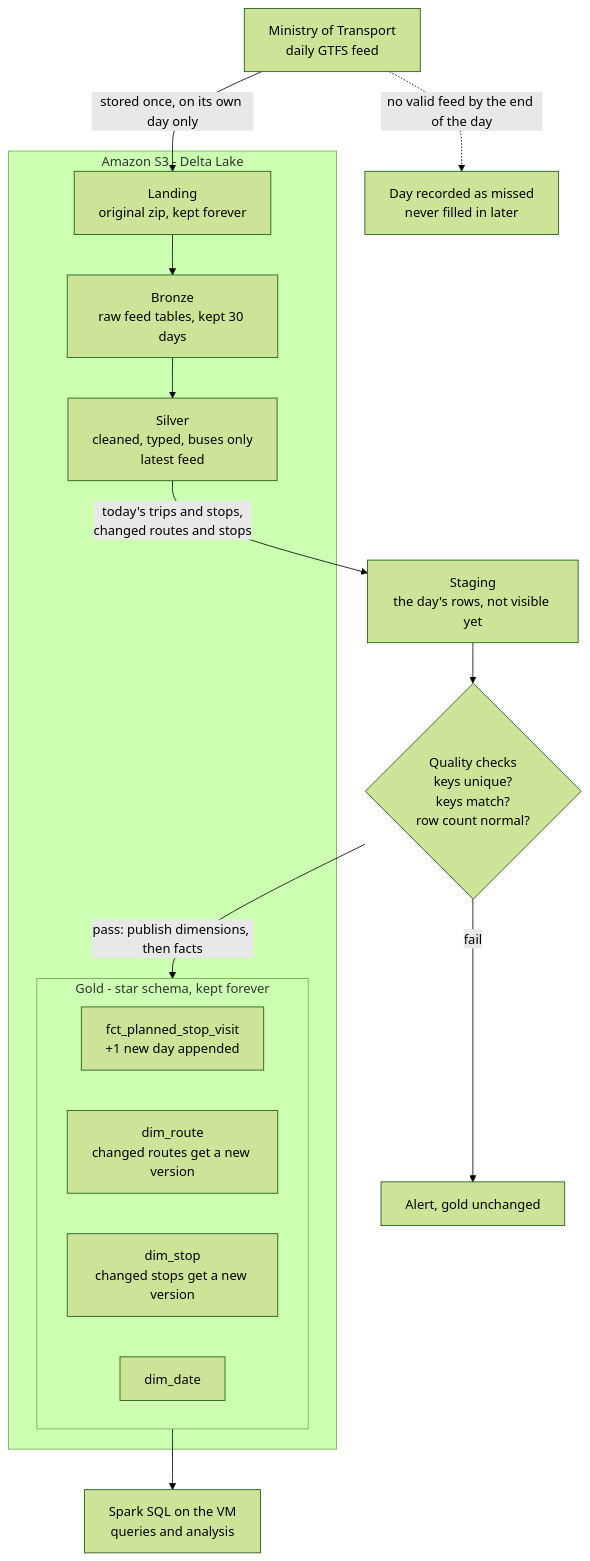
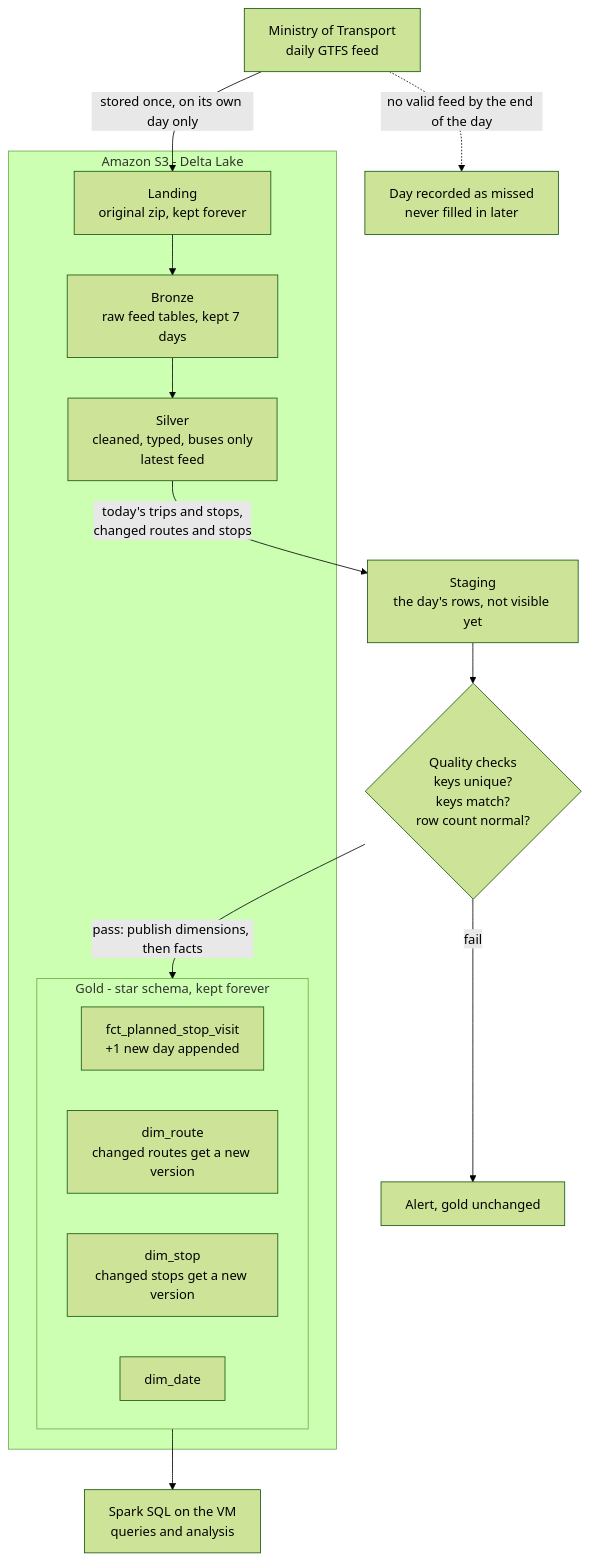
One commit to omershenhav7/israel-transit-pipeline changed the first of 2 diagrams in docs/architecture.md. Above: the diagram before and after it, drawn with Mermaid (forest theme). The commit also changed other lines of this file and 2 other files, not shown here.

Commit message:
Design and plan stage 2: bronze

````diff
--- a/docs/architecture.md
+++ b/docs/architecture.md
@@ -35,27 +35,27 @@
 ```mermaid
 flowchart TD
     MOT["Ministry of Transport<br/>daily GTFS feed"] -->|"stored once, on its own day only"| LAND
     MOT -.->|"no valid feed by the end of the day"| MISSED["Day recorded as missed<br/>never filled in later"]
 
     subgraph S3["Amazon S3 - Delta Lake"]
         LAND["Landing<br/>original zip, kept forever"]
-        BRONZE["Bronze<br/>raw feed tables, kept 30 days"]
+        BRONZE["Bronze<br/>raw feed tables, kept 7 days"]
         SILVER["Silver<br/>cleaned, typed, buses only<br/>latest feed"]
         subgraph GOLD["Gold - star schema, kept forever"]
             FACT["fct_planned_stop_visit<br/>+1 new day appended"]
             DROUTE["dim_route<br/>changed routes get a new version"]
             DSTOP["dim_stop<br/>changed stops get a new version"]
             DDATE["dim_date"]
         end
     end
 
     LAND --> BRONZE --> SILVER
     SILVER -->|"today's trips and stops,<br/>changed routes and stops"| STAGE["Staging<br/>the day's rows, not visible yet"]
 
     CHECKS{"Quality checks<br/>keys unique?<br/>keys match?<br/>row count normal?"}
     STAGE --> CHECKS
     CHECKS -->|"pass: publish dimensions, then facts"| GOLD
     CHECKS -->|"fail"| ALERT["Alert, gold unchanged"]
 
     GOLD --> SQL["Spark SQL on the VM<br/>queries and analysis"]
 ```
````
